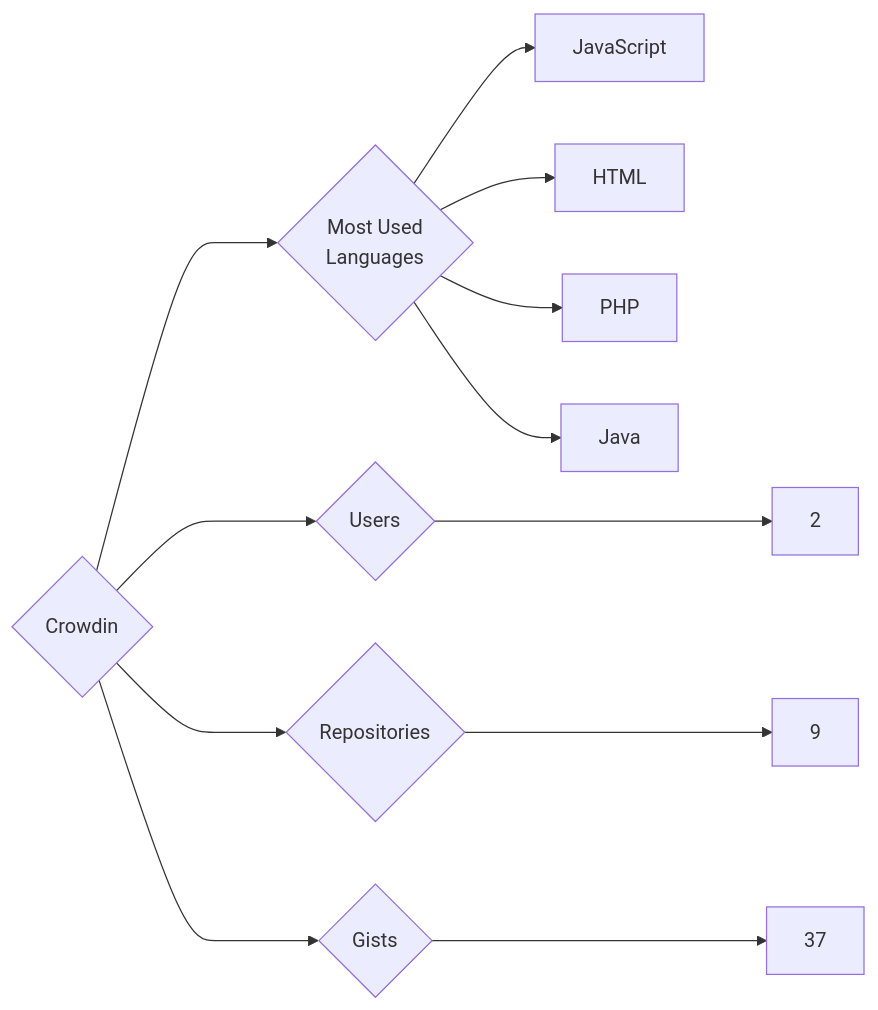
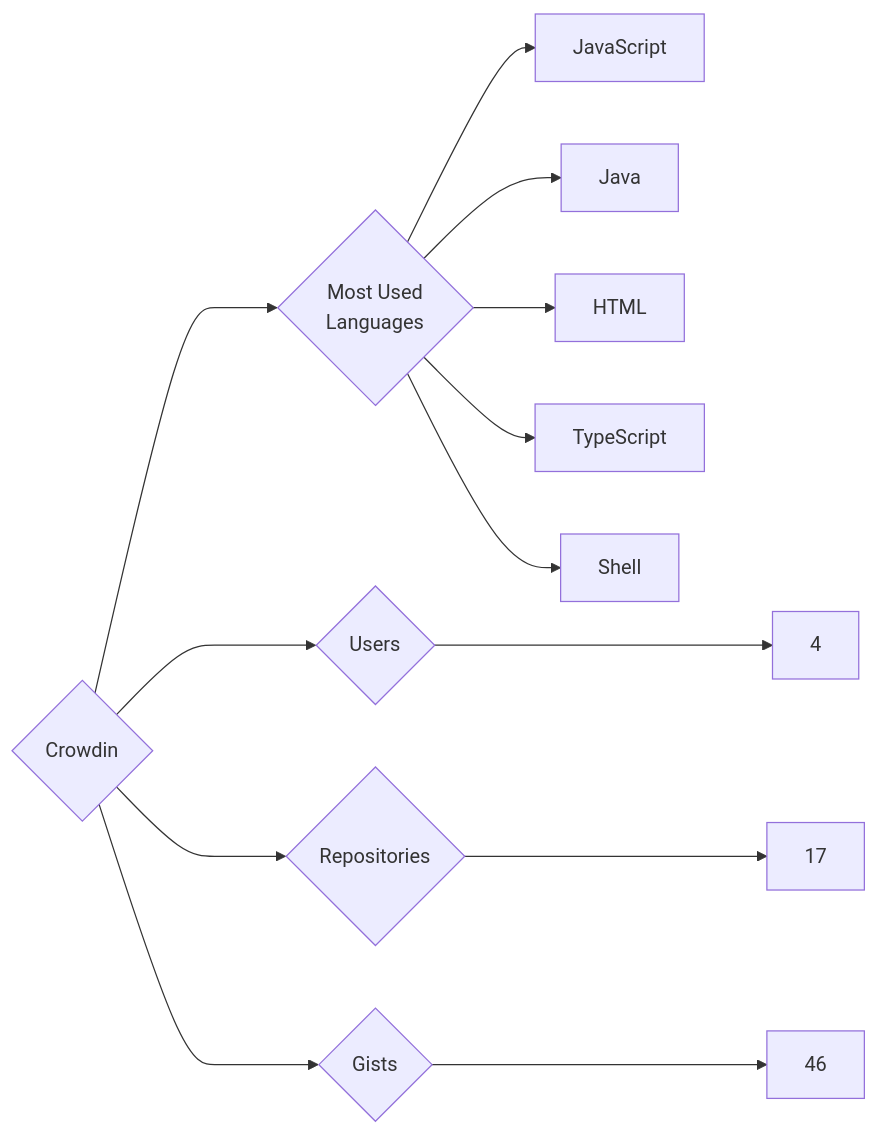
One commit to trickest/insiders changed the diagram in targets/Crowdin/README.md. Above: the diagram before and after it, drawn with Mermaid. The commit also changed 935 other files, not shown here.

````diff
--- a/targets/Crowdin/README.md
+++ b/targets/Crowdin/README.md
@@ -3,12 +3,13 @@
 ```mermaid
 graph LR
 COMPANY_NAME{Crowdin}
-COMPANY_NAME ---> U{Users} ---> UN[2]
-COMPANY_NAME ---> R{Repositories} ---> RN[9]
-COMPANY_NAME ---> G{Gists} ---> GN[37]
+COMPANY_NAME ---> U{Users} ---> UN[4]
+COMPANY_NAME ---> R{Repositories} ---> RN[17]
+COMPANY_NAME ---> G{Gists} ---> GN[46]
 COMPANY_NAME ---> ML{Most Used<br>Languages}
 ML --> JavaScript[JavaScript]
+ML --> Java[Java]
 ML --> HTML[HTML]
-ML --> PHP[PHP]
-ML --> Java[Java]
+ML --> TypeScript[TypeScript]
+ML --> Shell[Shell]
 ```
````
